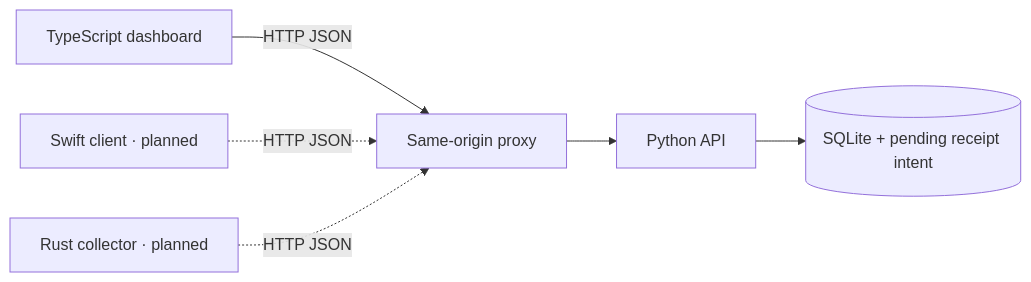
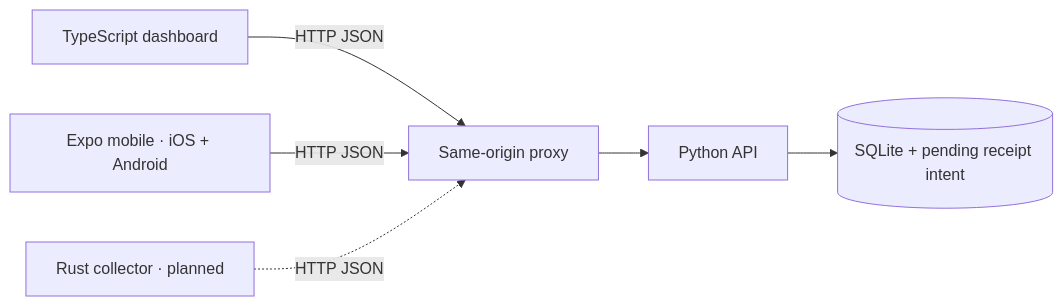
One commit to aguamonkey/solid-ecosystem changed the diagram in docs/ARCHITECTURE.md. Above: the diagram before and after it, drawn with Mermaid. The commit also changed other lines of this file and 35 other files, not shown here.

Commit message:
Add cross-platform Expo client with shared API contracts and saved submission recovery

````diff
--- a/docs/ARCHITECTURE.md
+++ b/docs/ARCHITECTURE.md
@@ -3,8 +3,8 @@
 ```mermaid
 flowchart LR
   W[TypeScript dashboard] -->|HTTP JSON| P[Same-origin proxy]
   P --> A[Python API]
   A --> D[(SQLite + pending receipt intent)]
-  I[Swift client · planned] -.->|HTTP JSON| P
+  I[Expo mobile · iOS + Android] -->|HTTP JSON| P
   R[Rust collector · planned] -.->|HTTP JSON| P
 ```
````
